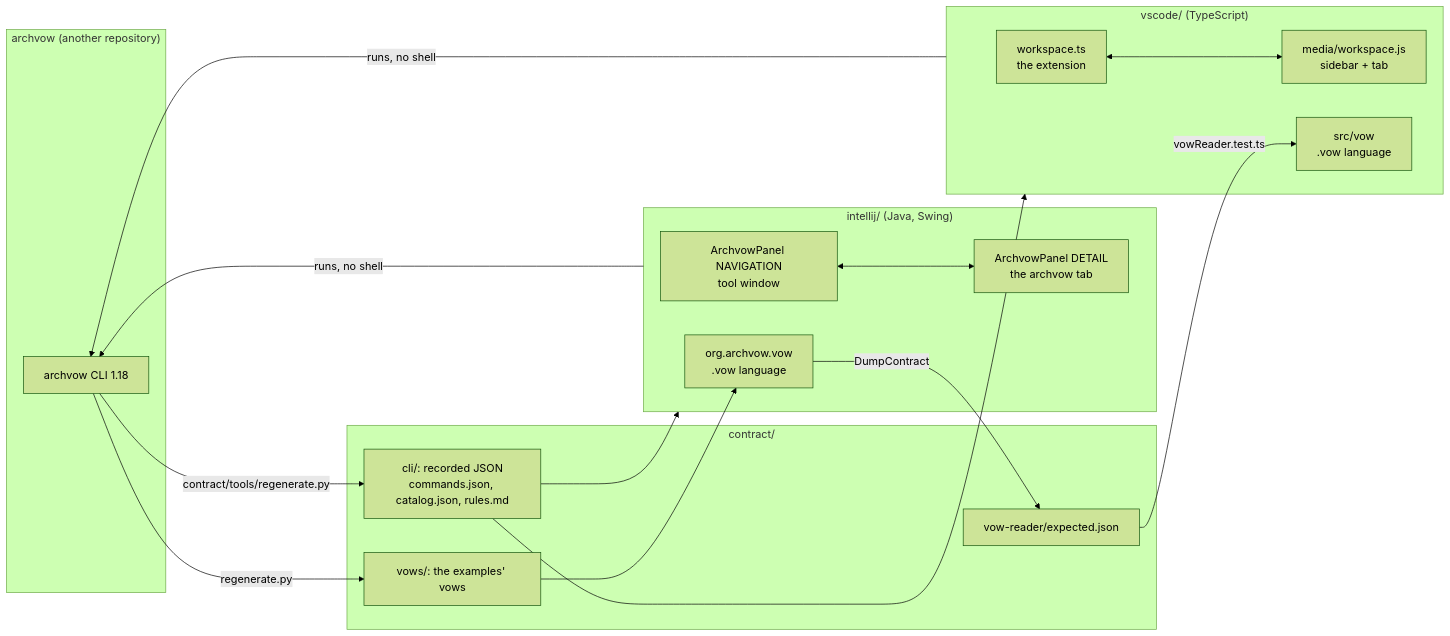
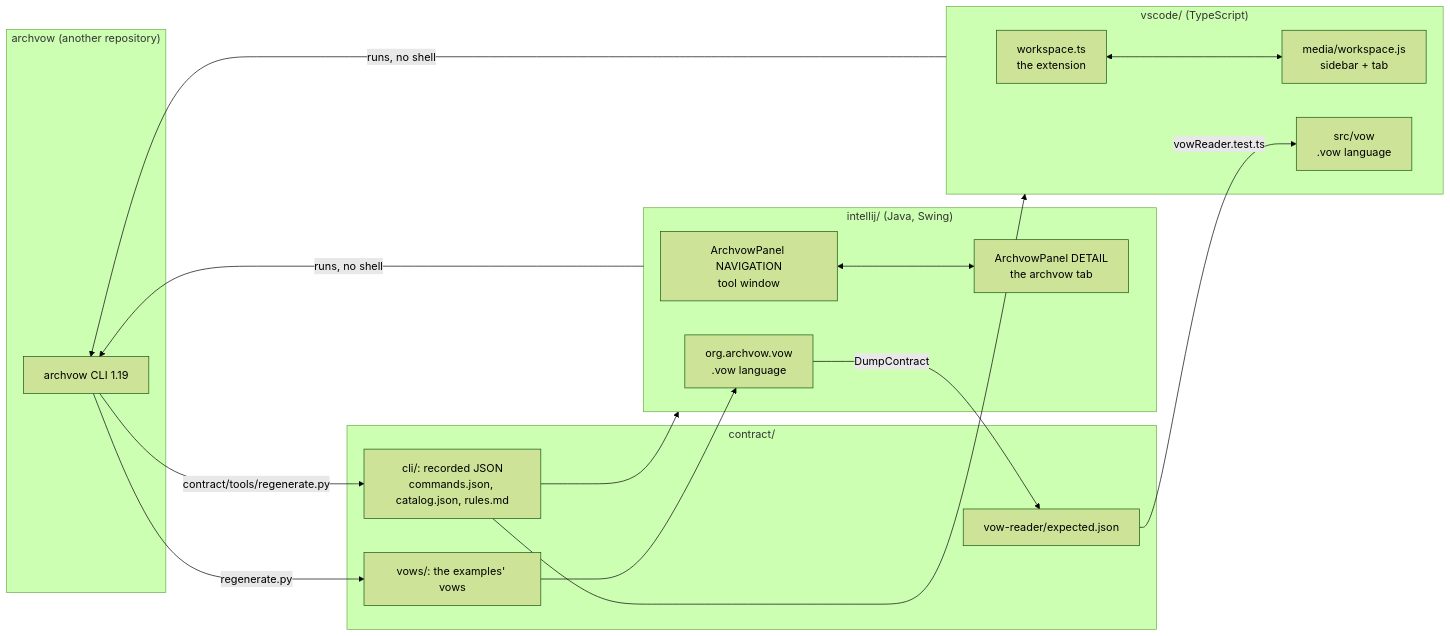
One commit to archvow/archvow-plugin changed the diagram in wiki/en/home.md. Above: the diagram before and after it, drawn with Mermaid (forest theme). The commit also changed other lines of this file and 119 other files, not shown here.

````diff
--- a/wiki/en/home.md
+++ b/wiki/en/home.md
@@ -52,32 +52,32 @@
 ```mermaid
 flowchart LR
   subgraph archvow["archvow (another repository)"]
-    CLI[archvow CLI 1.18]
+    CLI[archvow CLI 1.19]
   end
   subgraph contract["contract/"]
     REC[cli/: recorded JSON<br/>commands.json, catalog.json, rules.md]
     VOWS[vows/: the examples' vows]
     EXP[vow-reader/expected.json]
   end
   CLI -->|contract/tools/regenerate.py| REC
   CLI -->|regenerate.py| VOWS
   subgraph ij["intellij/ (Java, Swing)"]
     NAV[ArchvowPanel NAVIGATION<br/>tool window]
     DET[ArchvowPanel DETAIL<br/>the archvow tab]
     VOWJ[org.archvow.vow<br/>.vow language]
   end
   subgraph vs["vscode/ (TypeScript)"]
     WS[workspace.ts<br/>the extension]
     PAGE[media/workspace.js<br/>sidebar + tab]
     VOWT[src/vow<br/>.vow language]
   end
   REC --> ij
   REC --> vs
   VOWS --> VOWJ
   VOWJ -->|DumpContract| EXP
   EXP -->|vowReader.test.ts| VOWT
   NAV <--> DET
   WS <--> PAGE
   ij -->|runs, no shell| CLI
   vs -->|runs, no shell| CLI
 ```
````
